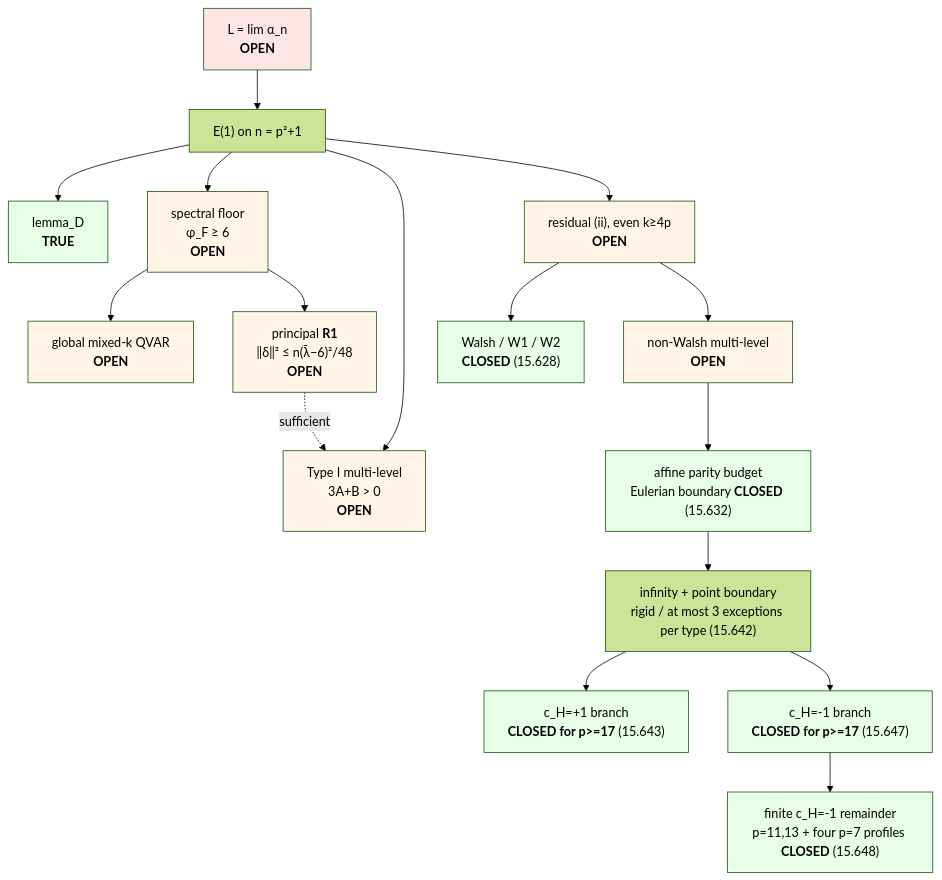
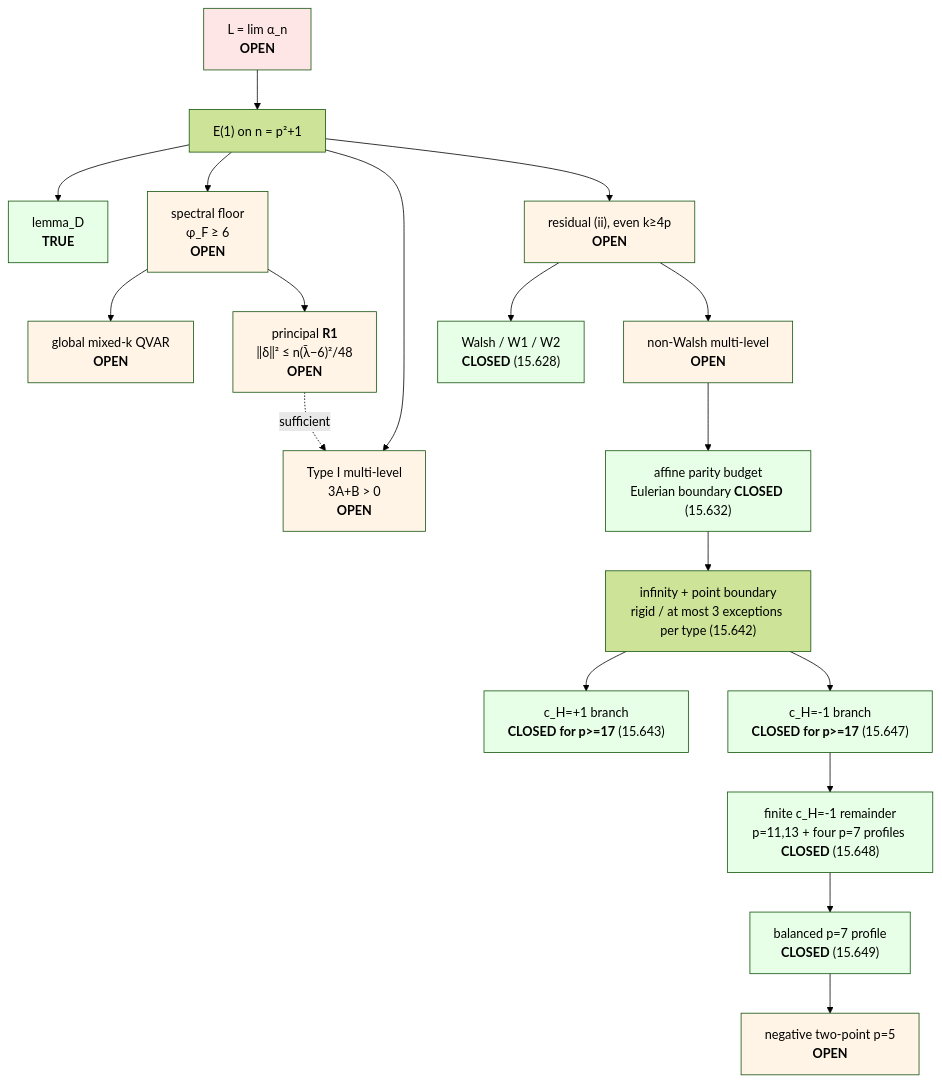
One commit to luckyseoul/quadratic-minmax-limit changed the diagram in README.md. Above: the diagram before and after it, drawn with Mermaid (forest theme). The commit also changed other lines of this file and 11 other files, not shown here.

Commit message:
Close the balanced p7 negative two-point profile

````diff
--- a/README.md
+++ b/README.md
@@ -99,31 +102,35 @@
 ```mermaid
 graph TD
     L["L = lim α_n<br/><b>OPEN</b>"] --> E1["E(1) on n = p²+1"]
     E1 --> D["lemma_D<br/><b>TRUE</b>"]
     E1 --> FLOOR["spectral floor<br/>φ_F ≥ 6<br/><b>OPEN</b>"]
     FLOOR --> QVAR["global mixed-k QVAR<br/><b>OPEN</b>"]
     FLOOR --> R1["principal <b>R1</b><br/>‖δ‖² ≤ n(λ̄−6)²/48<br/><b>OPEN</b>"]
     E1 --> TYPEI["Type I multi-level<br/>3A+B > 0<br/><b>OPEN</b>"]
     R1 -. sufficient .-> TYPEI
     E1 --> RES["residual (ii), even k≥4p<br/><b>OPEN</b>"]
     RES --> WALSH["Walsh / W1 / W2<br/><b>CLOSED</b> (15.628)"]
     RES --> MULTI["non-Walsh multi-level<br/><b>OPEN</b>"]
     MULTI --> BUDGET["affine parity budget<br/>Eulerian boundary <b>CLOSED</b> (15.632)"]
     BUDGET --> RIGID["infinity + point boundary<br/>rigid / at most 3 exceptions per type (15.642)"]
     RIGID --> POSKILL["c_H=+1 branch<br/><b>CLOSED for p>=17</b> (15.643)"]
     RIGID --> NEGKILL["c_H=-1 branch<br/><b>CLOSED for p>=17</b> (15.647)"]
     NEGKILL --> NEGFINITE["finite c_H=-1 remainder<br/>p=11,13 + four p=7 profiles <b>CLOSED</b> (15.648)"]
+    NEGFINITE --> P7BAL["balanced p=7 profile<br/><b>CLOSED</b> (15.649)"]
+    P7BAL --> P5NEG["negative two-point p=5<br/><b>OPEN</b>"]
     style L fill:#ffe6e6
     style D fill:#e6ffe6
     style FLOOR fill:#fff4e6
     style QVAR fill:#fff4e6
     style R1 fill:#fff4e6
     style TYPEI fill:#fff4e6
     style RES fill:#fff4e6
     style WALSH fill:#e6ffe6
     style MULTI fill:#fff4e6
     style BUDGET fill:#e6ffe6
+    style P7BAL fill:#e6ffe6
+    style P5NEG fill:#fff4e6
     style POSKILL fill:#e6ffe6
     style NEGKILL fill:#e6ffe6
     style NEGFINITE fill:#e6ffe6
 ```
````
